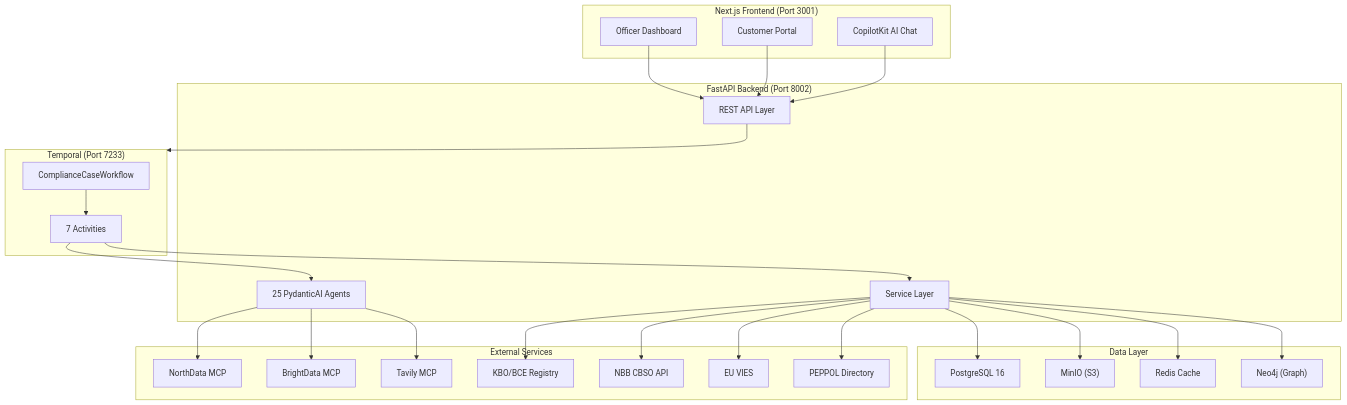
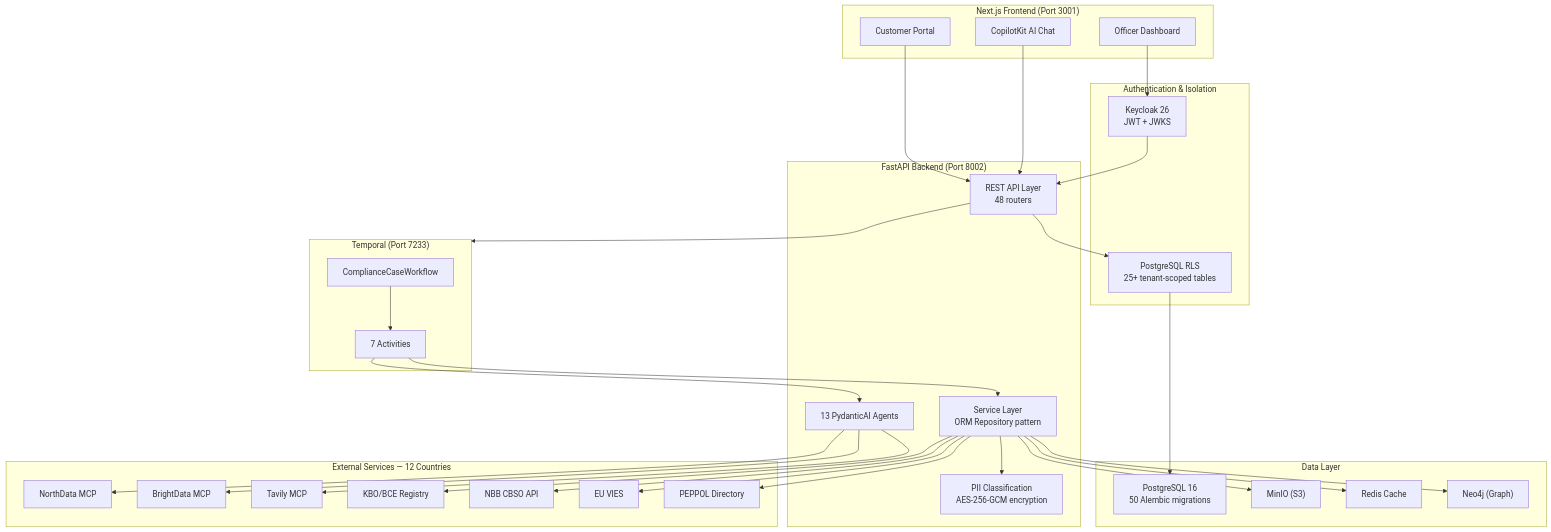
One commit to Tsunami-max/trust-relay-docs changed the diagram in docs/architecture/overview.md. Above: the diagram before and after it, drawn with Mermaid. The commit also changed other lines of this file and 54 other files, not shown here.

First line of the commit message:
docs: shared packages page, ADR-0037, updated metrics and architecture

````diff
--- a/docs/architecture/overview.md
+++ b/docs/architecture/overview.md
@@ -16,55 +16,64 @@
 ```mermaid
 graph TB
     subgraph Frontend["Next.js Frontend (Port 3001)"]
         Dashboard["Officer Dashboard"]
         Portal["Customer Portal"]
         CopilotKit["CopilotKit AI Chat"]
     end
 
     subgraph Backend["FastAPI Backend (Port 8002)"]
-        API["REST API Layer"]
-        Agents["25 PydanticAI Agents"]
-        Services["Service Layer"]
+        API["REST API Layer<br/>48 routers"]
+        Agents["13 PydanticAI Agents"]
+        Services["Service Layer<br/>ORM Repository pattern"]
+        PII["PII Classification<br/>AES-256-GCM encryption"]
+    end
+
+    subgraph Auth["Authentication & Isolation"]
+        Keycloak["Keycloak 26<br/>JWT + JWKS"]
+        RLS["PostgreSQL RLS<br/>25+ tenant-scoped tables"]
     end
 
     subgraph Temporal["Temporal (Port 7233)"]
         Workflow["ComplianceCaseWorkflow"]
         Activities["7 Activities"]
     end
 
     subgraph Storage["Data Layer"]
-        PG["PostgreSQL 16"]
+        PG["PostgreSQL 16<br/>50 Alembic migrations"]
         MinIO["MinIO (S3)"]
         Redis["Redis Cache"]
         Neo4j["Neo4j (Graph)"]
     end
 
-    subgraph External["External Services"]
+    subgraph External["External Services — 12 Countries"]
         NorthData["NorthData MCP"]
         BrightData["BrightData MCP"]
         Tavily["Tavily MCP"]
         KBO["KBO/BCE Registry"]
         NBB["NBB CBSO API"]
         VIES["EU VIES"]
         PEPPOL["PEPPOL Directory"]
     end
 
-    Dashboard --> API
+    Dashboard --> Keycloak
     Portal --> API
     CopilotKit --> API
+    Keycloak --> API
+    API --> RLS
+    RLS --> PG
     API --> Temporal
     Workflow --> Activities
     Activities --> Agents
     Activities --> Services
+    Services --> PII
     Agents --> NorthData
     Agents --> BrightData
     Agents --> Tavily
     Services --> KBO
     Services --> NBB
     Services --> VIES
     Services --> PEPPOL
-    Services --> PG
     Services --> MinIO
     Services --> Redis
     Services --> Neo4j
 ```
````
